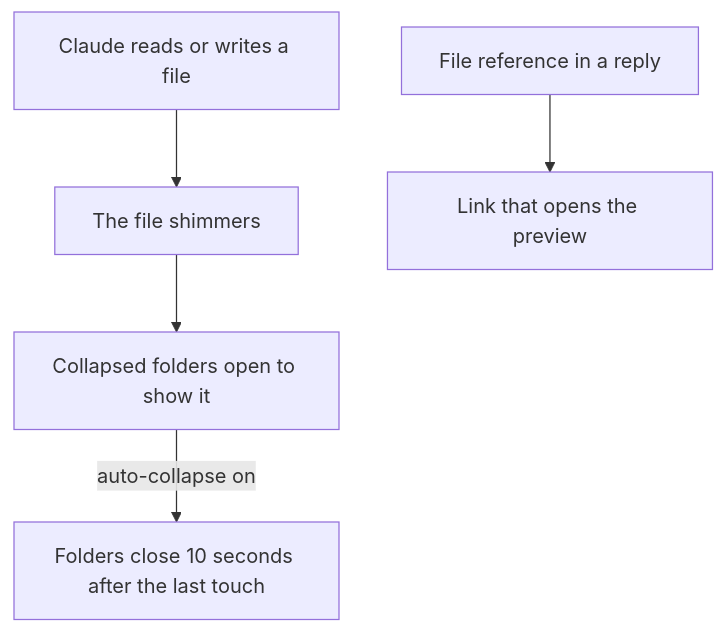
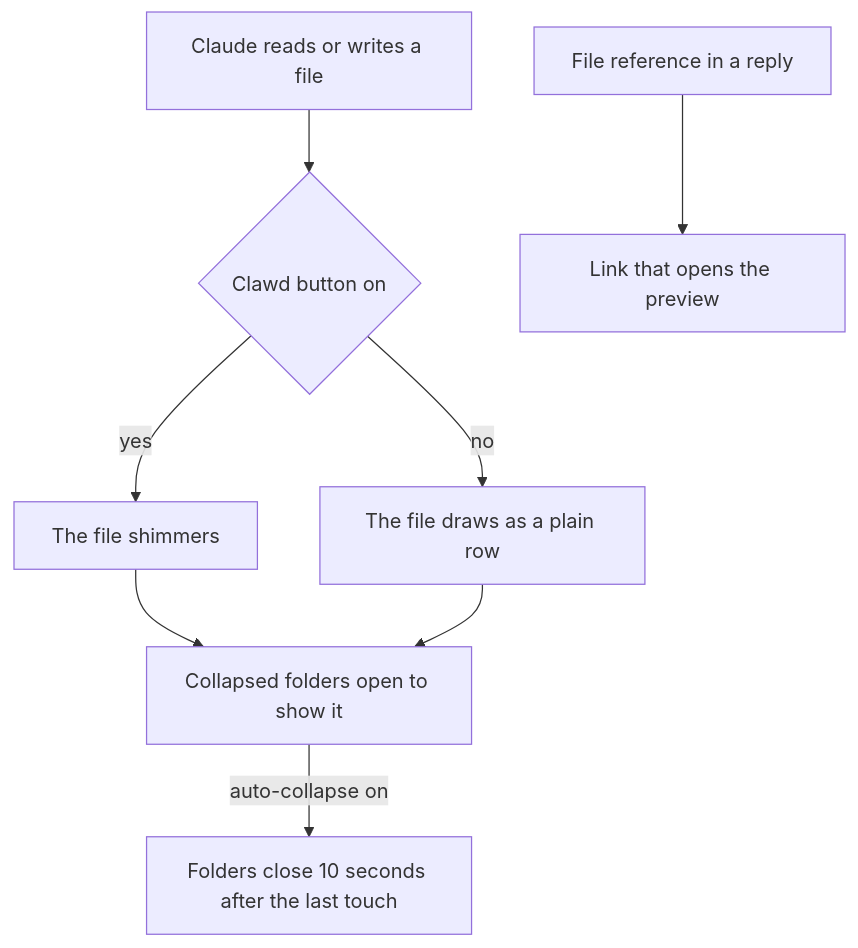
Before and after one commit to data-goblin/claude-code-filetree: the diagram in docs/activity.md, drawn with Mermaid. The commit also changed other lines of this file and 1 other file, not shown here.

Commit message:
Docs(activity): Clawd shimmer button in the README and activity docs
The feature list and the four-row Desktop consideration name the button.
The activity page says what plain rows still do with the shimmer off.

````diff
--- a/docs/activity.md
+++ b/docs/activity.md
@@ -3,7 +3,10 @@
 ```mermaid
 flowchart TB
-  A[Claude reads or writes a file] --> B[The file shimmers]
+  A[Claude reads or writes a file] --> S{Clawd button on}
+  S -->|yes| B[The file shimmers]
+  S -->|no| P[The file draws as a plain row]
   B --> C[Collapsed folders open to show it]
+  P --> C
   C -->|auto-collapse on| D[Folders close 10 seconds after the last touch]
   E[File reference in a reply] --> F[Link that opens the preview]
 ```
````
